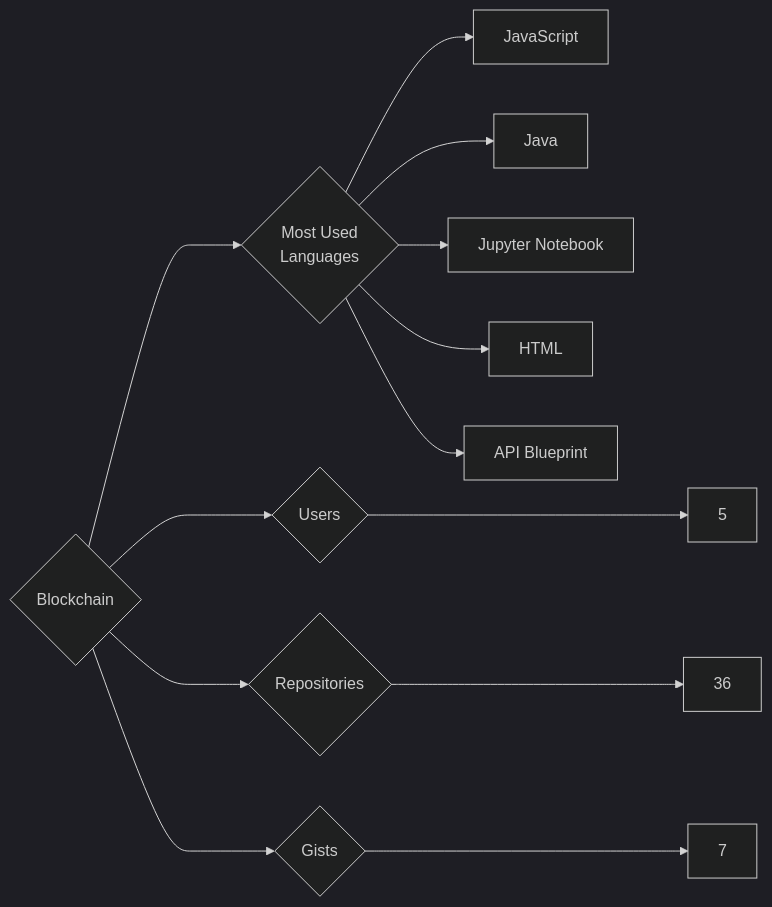
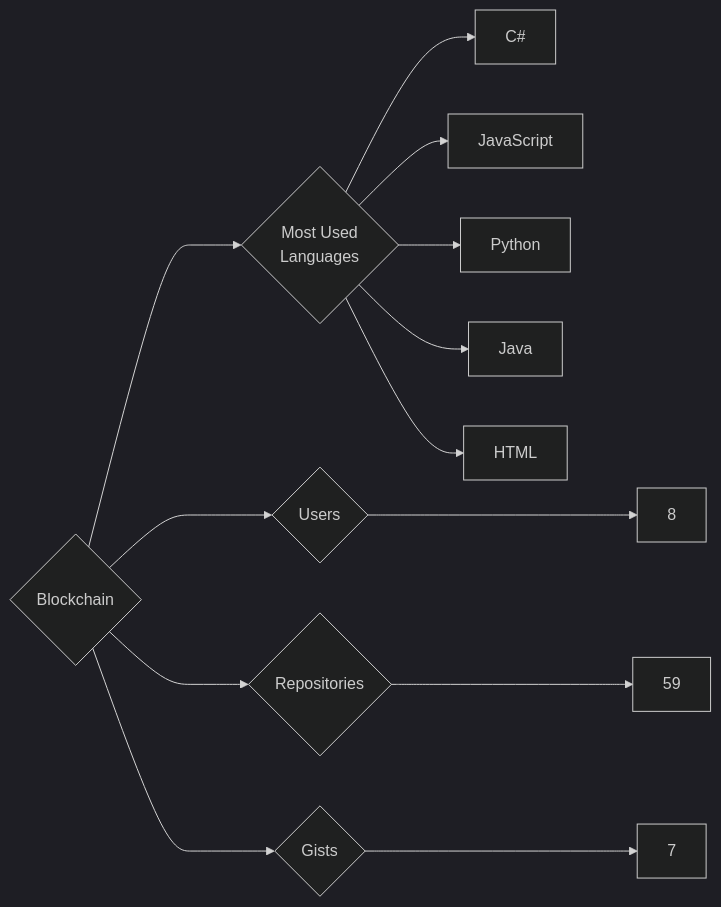
Before and after one commit to trickest/insiders: the diagram in targets/Blockchain/README.md, drawn with Mermaid (dark theme). The commit also changed 988 other files, not shown here.

````diff
--- a/targets/Blockchain/README.md
+++ b/targets/Blockchain/README.md
@@ -3,13 +3,13 @@
 ```mermaid
 graph LR
 COMPANY_NAME{Blockchain}
-COMPANY_NAME ---> U{Users} ---> UN[5]
-COMPANY_NAME ---> R{Repositories} ---> RN[36]
+COMPANY_NAME ---> U{Users} ---> UN[8]
+COMPANY_NAME ---> R{Repositories} ---> RN[59]
 COMPANY_NAME ---> G{Gists} ---> GN[7]
 COMPANY_NAME ---> ML{Most Used<br>Languages}
+ML --> C#[C#]
 ML --> JavaScript[JavaScript]
+ML --> Python[Python]
 ML --> Java[Java]
-ML --> Jupyter_Notebook[Jupyter Notebook]
 ML --> HTML[HTML]
-ML --> API_Blueprint[API Blueprint]
 ```
````
